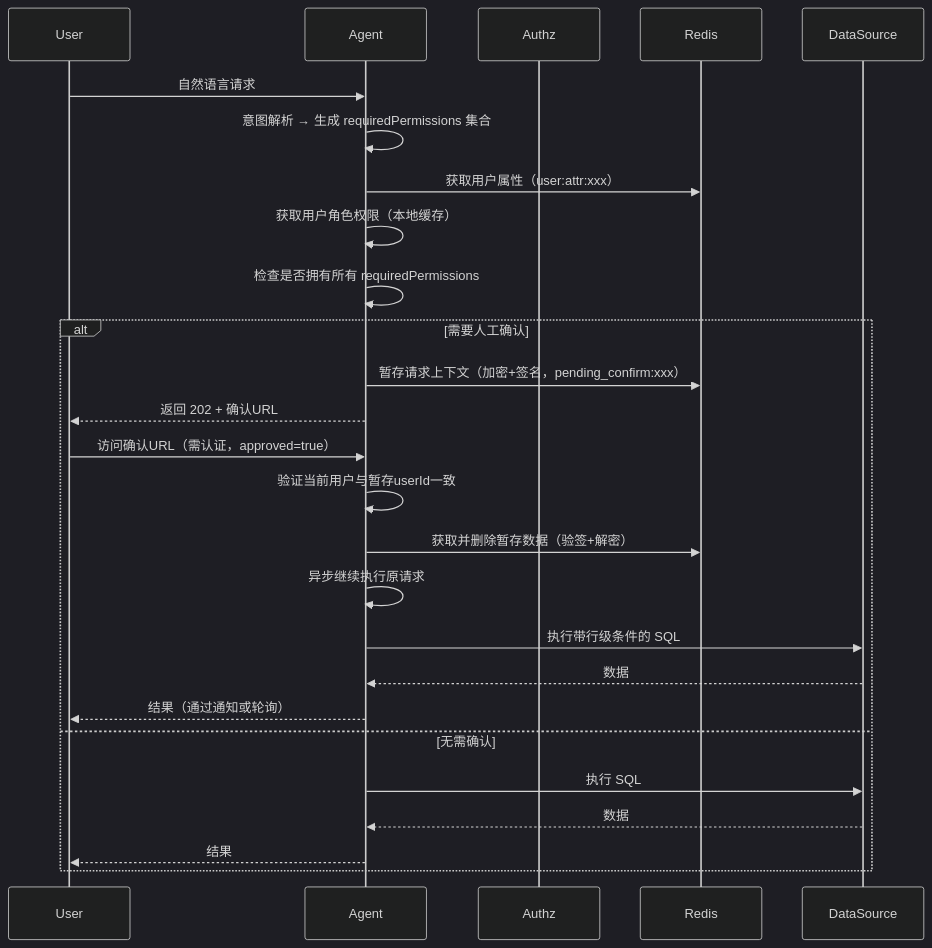
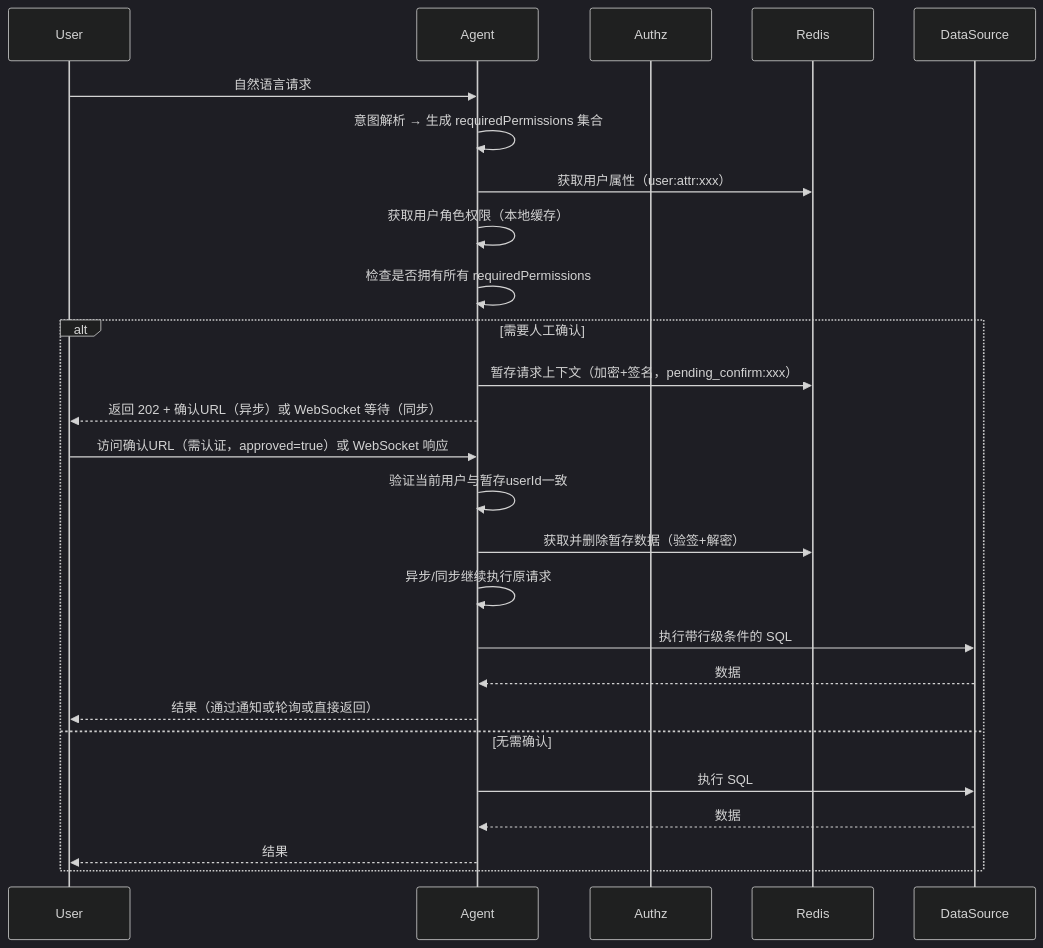
Before and after one commit to latcn/developer-knowledge: the diagram in security/A2A AI Agent 对话式权限系统架构设计.md, drawn with Mermaid (dark theme). The commit also changed other lines of this file, not shown here.

````diff
--- a/security/A2A AI Agent 对话式权限系统架构设计.md
+++ b/security/A2A AI Agent 对话式权限系统架构设计.md
@@ -521,29 +537,29 @@
 ```mermaid
 sequenceDiagram
     participant User
     participant Agent
     participant Authz
     participant Redis
     participant DataSource
 
     User->>Agent: 自然语言请求
     Agent->>Agent: 意图解析 → 生成 requiredPermissions 集合
     Agent->>Redis: 获取用户属性（user:attr:xxx）
     Agent->>Agent: 获取用户角色权限（本地缓存）
     Agent->>Agent: 检查是否拥有所有 requiredPermissions
     alt 需要人工确认
         Agent->>Redis: 暂存请求上下文（加密+签名，pending_confirm:xxx）
-        Agent-->>User: 返回 202 + 确认URL
-        User->>Agent: 访问确认URL（需认证，approved=true）
+        Agent-->>User: 返回 202 + 确认URL（异步）或 WebSocket 等待（同步）
+        User->>Agent: 访问确认URL（需认证，approved=true）或 WebSocket 响应
         Agent->>Agent: 验证当前用户与暂存userId一致
         Agent->>Redis: 获取并删除暂存数据（验签+解密）
-        Agent->>Agent: 异步继续执行原请求
+        Agent->>Agent: 异步/同步继续执行原请求
         Agent->>DataSource: 执行带行级条件的 SQL
         DataSource-->>Agent: 数据
-        Agent-->>User: 结果（通过通知或轮询）
+        Agent-->>User: 结果（通过通知或轮询或直接返回）
     else 无需确认
         Agent->>DataSource: 执行 SQL
         DataSource-->>Agent: 数据
         Agent-->>User: 结果
     end
 ```
````
